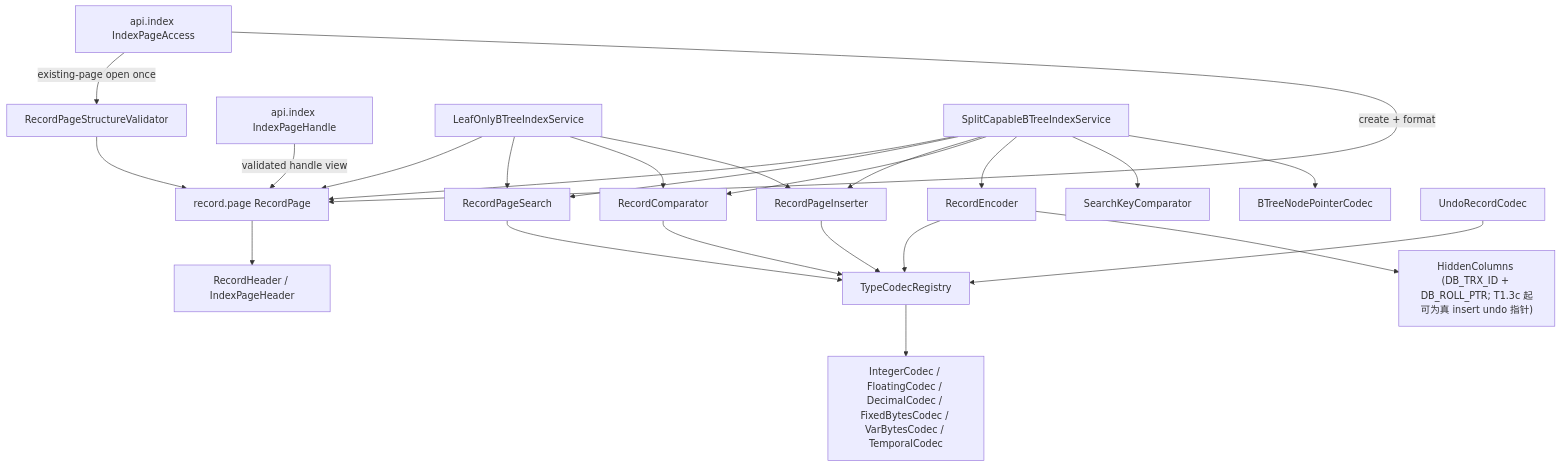
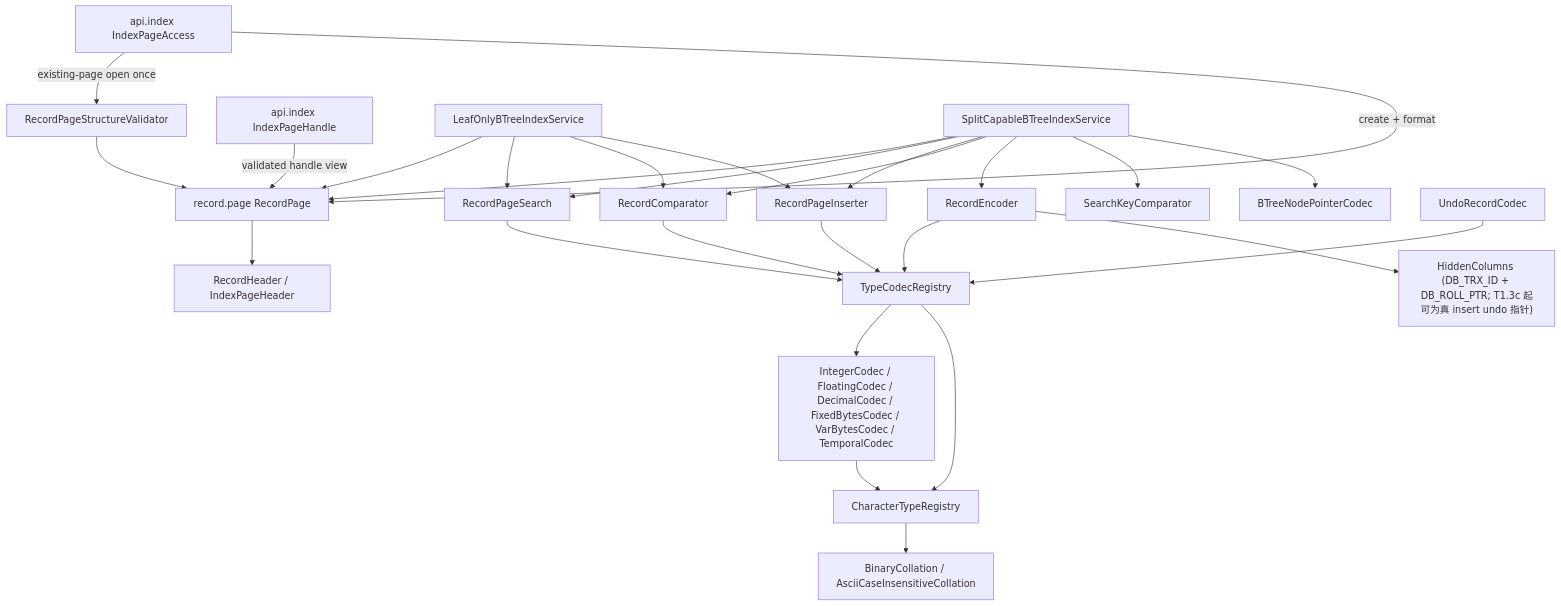
One commit to mywnlb/dbtest changed the third of 9 diagrams in docs/design/current-implementation-map.md. Above: the diagram before and after it, drawn with Mermaid. The commit also changed other lines of this file and 24 other files, not shown here.

````diff
--- a/docs/design/current-implementation-map.md
+++ b/docs/design/current-implementation-map.md
@@ -145,26 +145,29 @@
 ```mermaid
 flowchart TD
   ApiIndex["api.index IndexPageAccess"] -->|existing-page open once| Validator["RecordPageStructureValidator"]
   Validator --> RPage["record.page RecordPage"]
   ApiIndex -->|create + format| RPage
   Handle["api.index IndexPageHandle"] -->|validated handle view| RPage
   BTreeLeaf["LeafOnlyBTreeIndexService"] --> RPage
   BTreeSplit["SplitCapableBTreeIndexService"] --> RPage
   BTreeLeaf --> RSearch["RecordPageSearch"]
   BTreeLeaf --> RComparator["RecordComparator"]
   BTreeLeaf --> RInserter["RecordPageInserter"]
   BTreeSplit --> RSearch
   BTreeSplit --> RInserter
   BTreeSplit --> RComparator
   BTreeSplit --> REncoder["RecordEncoder"]
   BTreeSplit --> KeyCmp["SearchKeyComparator"]
   BTreeSplit --> PtrCodec["BTreeNodePointerCodec"]
   UndoCodec["UndoRecordCodec"] --> Registry["TypeCodecRegistry"]
   RSearch --> Registry
   RComparator --> Registry
   RInserter --> Registry
   REncoder --> Registry
   Registry --> Codecs["IntegerCodec / FloatingCodec / DecimalCodec / FixedBytesCodec / VarBytesCodec / TemporalCodec"]
+  Registry --> Characters["CharacterTypeRegistry"]
+  Codecs --> Characters
+  Characters --> Collations["BinaryCollation / AsciiCaseInsensitiveCollation"]
   RPage --> RHeader["RecordHeader / IndexPageHeader"]
   REncoder --> Hidden["HiddenColumns (DB_TRX_ID + DB_ROLL_PTR; T1.3c 起可为真 insert undo 指针)"]
 ```
````
